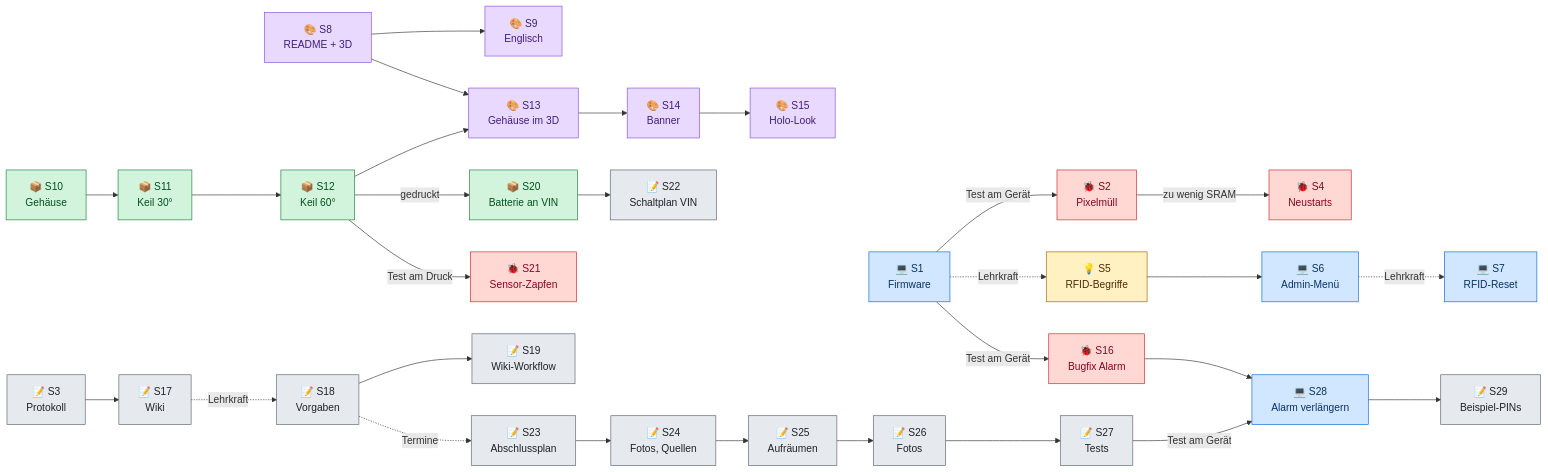
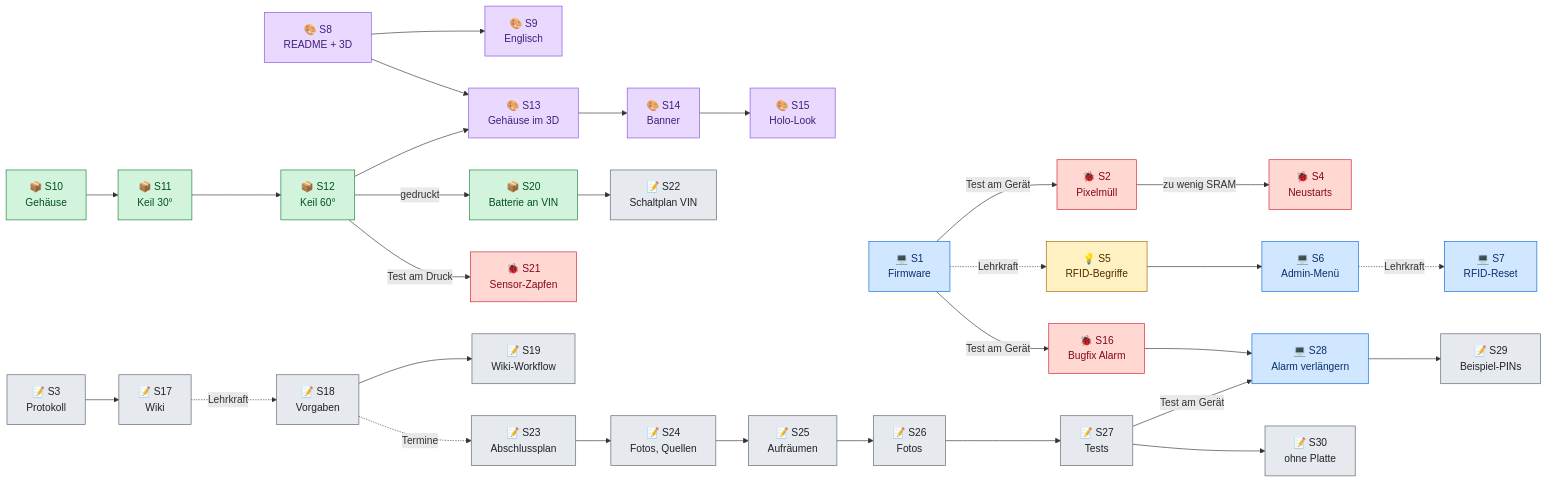
Before and after one commit to BBZ-AIFS51/LF7-Projekt_GAS: the second of 3 diagrams in wiki/Entwicklungsverlauf.md, drawn with Mermaid. The commit also changed other lines of this file and 7 other files, not shown here.

````diff
--- a/wiki/Entwicklungsverlauf.md
+++ b/wiki/Entwicklungsverlauf.md
@@ -68,64 +69,66 @@
 ```mermaid
 flowchart LR
     P1["💻 S1<br/>Firmware"]
     P2["🐞 S2<br/>Pixelmüll"]
     P3["📝 S3<br/>Protokoll"]
     P4["🐞 S4<br/>Neustarts"]
     P5["💡 S5<br/>RFID-Begriffe"]
     P6["💻 S6<br/>Admin-Menü"]
     P7["💻 S7<br/>RFID-Reset"]
     P8["🎨 S8<br/>README + 3D"]
     P9["🎨 S9<br/>Englisch"]
     P10["📦 S10<br/>Gehäuse"]
     P11["📦 S11<br/>Keil 30°"]
     P12["📦 S12<br/>Keil 60°"]
     P13["🎨 S13<br/>Gehäuse im 3D"]
     P14["🎨 S14<br/>Banner"]
     P15["🎨 S15<br/>Holo-Look"]
     P16["🐞 S16<br/>Bugfix Alarm"]
     P17["📝 S17<br/>Wiki"]
     P18["📝 S18<br/>Vorgaben"]
     P19["📝 S19<br/>Wiki-Workflow"]
     P20["📦 S20<br/>Batterie an VIN"]
     P21["🐞 S21<br/>Sensor-Zapfen"]
     P22["📝 S22<br/>Schaltplan VIN"]
     P23["📝 S23<br/>Abschlussplan"]
     P24["📝 S24<br/>Fotos, Quellen"]
     P25["📝 S25<br/>Aufräumen"]
     P26["📝 S26<br/>Fotos"]
     P27["📝 S27<br/>Tests"]
     P28["💻 S28<br/>Alarm verlängern"]
     P29["📝 S29<br/>Beispiel-PINs"]
+    P30["📝 S30<br/>ohne Platte"]
 
     P1 -- "Test am Gerät" --> P2 -- "zu wenig SRAM" --> P4
     P1 -. "Lehrkraft" .-> P5 --> P6
     P6 -. "Lehrkraft" .-> P7
     P1 -- "Test am Gerät" --> P16
     P8 --> P9
     P8 --> P13
     P10 --> P11 --> P12 --> P13
     P12 -- "gedruckt" --> P20
     P12 -- "Test am Druck" --> P21
     P20 --> P22
     P13 --> P14 --> P15
     P3 --> P17
     P17 -. "Lehrkraft" .-> P18
     P18 --> P19
     P18 -. "Termine" .-> P23
     P23 --> P24 --> P25 --> P26 --> P27
     P16 --> P28
     P27 -- "Test am Gerät" --> P28 --> P29
+    P27 --> P30
 
     classDef fw fill:#d0e7ff,stroke:#0969da,color:#0a3069
     classDef bug fill:#ffd8d3,stroke:#cf222e,color:#82071e
     classDef info fill:#fff1c2,stroke:#9a6700,color:#4d2d00
     classDef vis fill:#ead9ff,stroke:#8250df,color:#3e1f79
     classDef box fill:#d2f4dc,stroke:#1a7f37,color:#044f1e
     classDef doc fill:#e6e9ed,stroke:#59636e,color:#1f2328
     class P1,P6,P7,P28 fw
     class P2,P4,P16,P21 bug
     class P5 info
     class P8,P9,P13,P14,P15 vis
     class P10,P11,P12,P20 box
-    class P3,P17,P18,P19,P22,P23,P24,P25,P26,P27,P29 doc
+    class P3,P17,P18,P19,P22,P23,P24,P25,P26,P27,P29,P30 doc
 ```
````
